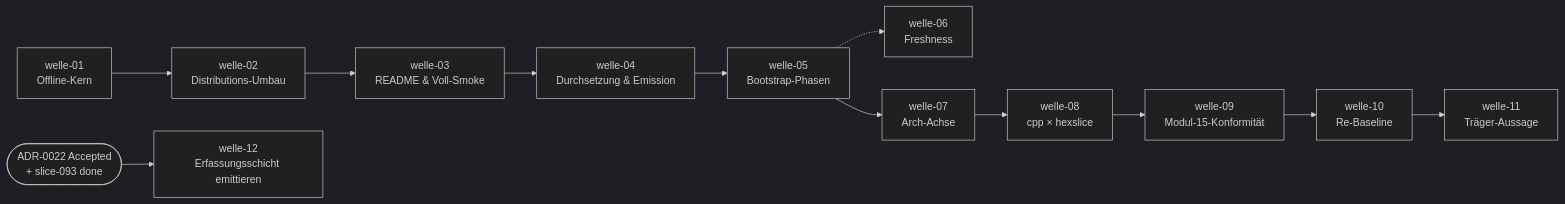
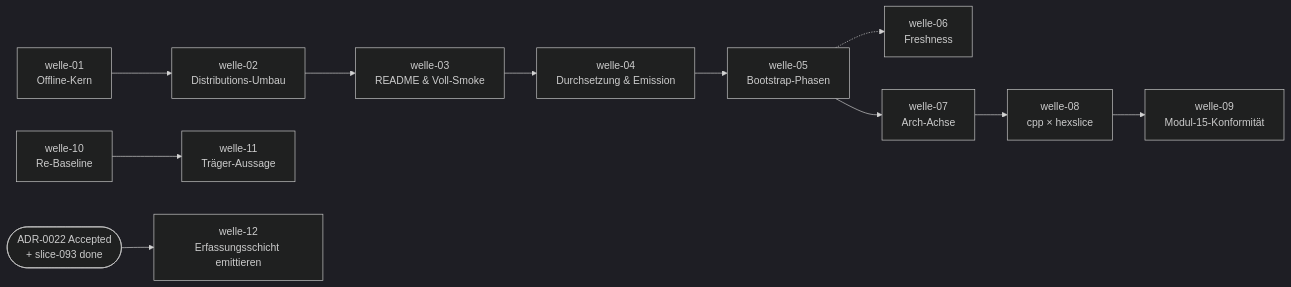
Before and after one commit to pt9912/ai-harness-init: the diagram in docs/plan/planning/in-progress/roadmap.md, drawn with Mermaid (dark theme). The commit also changed other lines of this file and 3 other files, not shown here.

````diff
--- a/docs/plan/planning/in-progress/roadmap.md
+++ b/docs/plan/planning/in-progress/roadmap.md
@@ -110,20 +127,21 @@
 ```mermaid
 flowchart LR
     W1[welle-01<br/>Offline-Kern]
     W2[welle-02<br/>Distributions-Umbau]
     W3[welle-03<br/>README & Voll-Smoke]
     W4[welle-04<br/>Durchsetzung & Emission]
     W5[welle-05<br/>Bootstrap-Phasen]
     W6[welle-06<br/>Freshness]
     W7[welle-07<br/>Arch-Achse]
     W8[welle-08<br/>cpp × hexslice]
     W9[welle-09<br/>Modul-15-Konformität]
     W10[welle-10<br/>Re-Baseline]
     W11[welle-11<br/>Träger-Aussage]
     W12[welle-12<br/>Erfassungsschicht emittieren]
     W1 --> W2 --> W3 --> W4 --> W5
     W5 -.-> W6
     W5 --> W7 --> W8
-    W8 --> W9 --> W10 --> W11
+    W8 --> W9
+    W10 --> W11
     A0022([ADR-0022 Accepted<br/>+ slice-093 done]) --> W12
 ```
````
